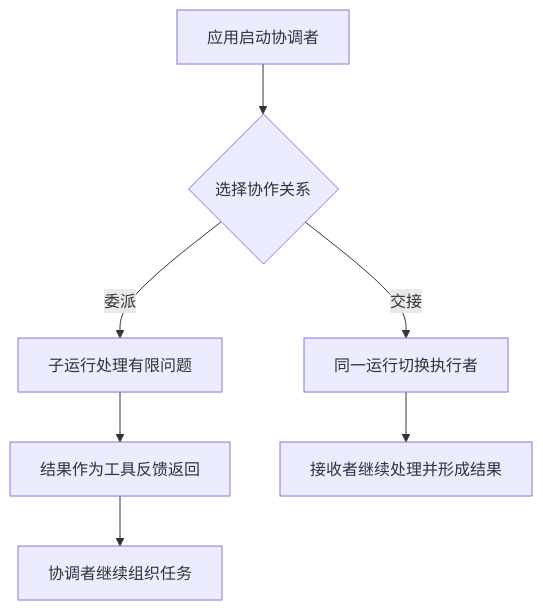
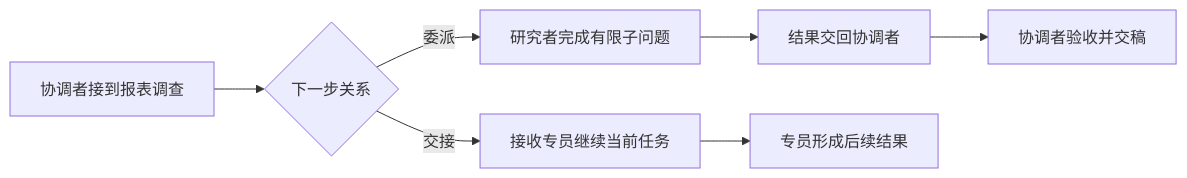
The first of 3 diagrams in book/19-delegation-and-handoffs.md (Mar-garet/agent-book), drawn with Mermaid before and after one commit. The commit also changed other lines of this file and 22 other files, not shown here.

````diff
--- a/book/19-delegation-and-handoffs.md
+++ b/book/19-delegation-and-handoffs.md
@@ -19,9 +15,10 @@
 ```mermaid
-flowchart TD
-    A[应用启动协调者] --> B{选择协作关系}
-    B -->|委派| C[子运行处理有限问题]
-    C --> D[结果作为工具反馈返回]
-    D --> E[协调者继续组织任务]
-    B -->|交接| F[同一运行切换执行者]
-    F --> G[接收者继续处理并形成结果]
+%% 图：委派与交接改变的是后续责任流向
+flowchart LR
+    A[协调者接到报表调查] --> B{下一步关系}
+    B -->|委派| C[研究者完成有限子问题]
+    C --> D[结果交回协调者]
+    D --> E[协调者验收并交稿]
+    B -->|交接| F[接收专员继续当前任务]
+    F --> G[专员形成后续结果]
 ```
````
